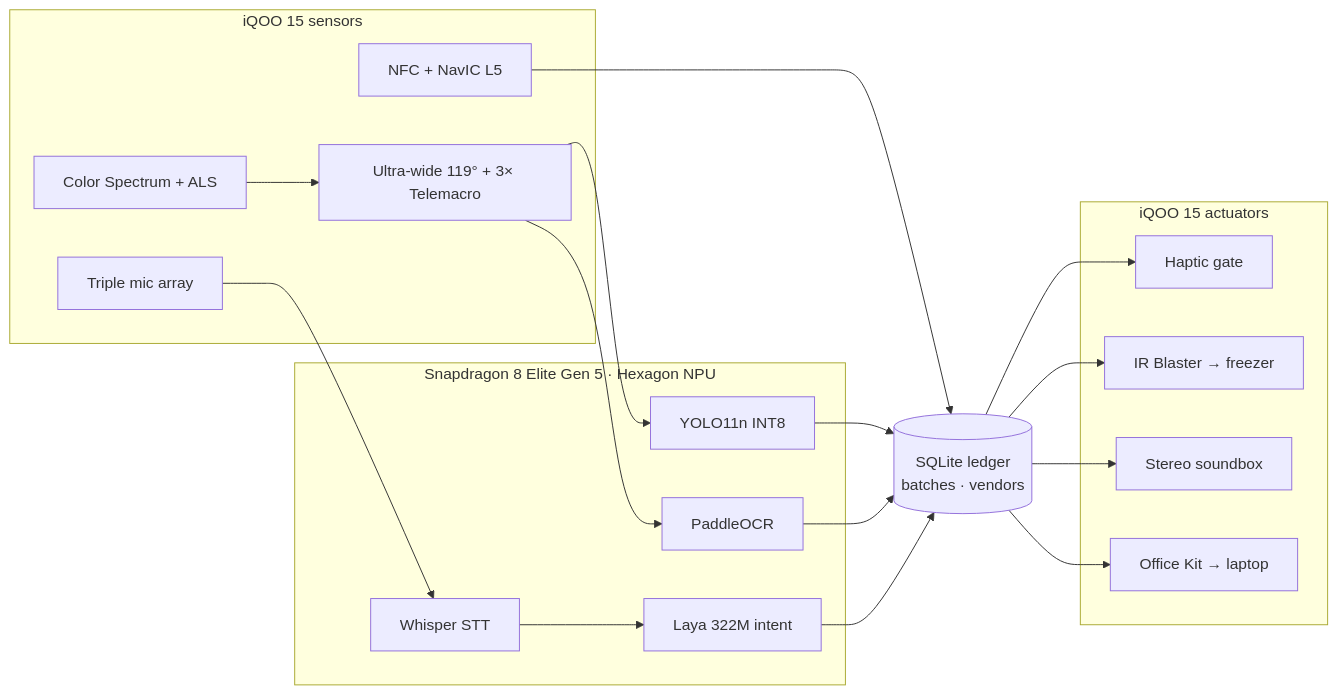
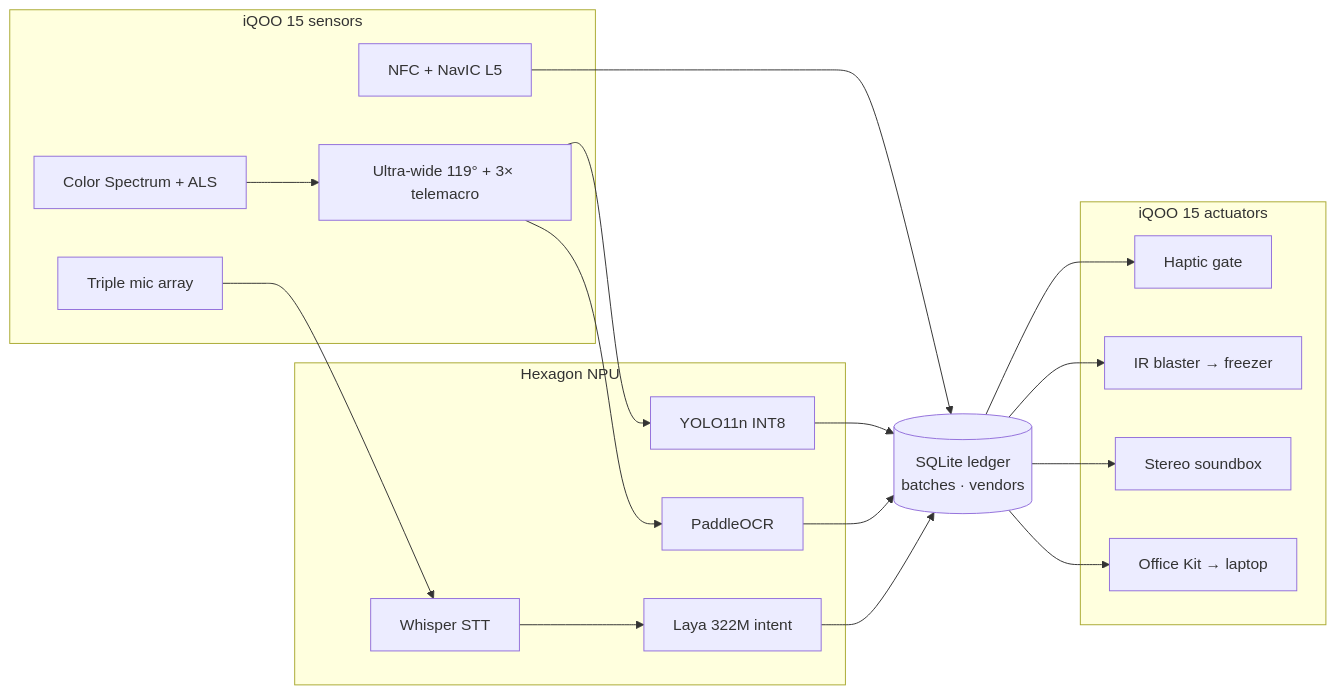
The diagram in README.md (SanTiwari07/KiranaRakshak), drawn with Mermaid before and after one commit. The commit also changed other lines of this file, not shown here.

````diff
--- a/README.md
+++ b/README.md
@@ -189,28 +203,28 @@
 ```mermaid
 flowchart LR
     subgraph IN["iQOO 15 sensors"]
-        CAM["Ultra-wide 119° + 3× Telemacro"]
+        CAM["Ultra-wide 119° + 3× telemacro"]
         NFC["NFC + NavIC L5"]
         MIC["Triple mic array"]
         ALS["Color Spectrum + ALS"]
     end
-    subgraph NPU["Snapdragon 8 Elite Gen 5 · Hexagon NPU"]
+    subgraph NPU["Hexagon NPU"]
         YOLO["YOLO11n INT8"]
         OCR["PaddleOCR"]
         STT["Whisper STT"]
         LAYA["Laya 322M intent"]
     end
     DB[("SQLite ledger<br/>batches · vendors")]
     subgraph OUT["iQOO 15 actuators"]
         HAP["Haptic gate"]
-        IR["IR Blaster → freezer"]
+        IR["IR blaster → freezer"]
         SPK["Stereo soundbox"]
         OK["Office Kit → laptop"]
     end
     CAM --> YOLO & OCR
     ALS --> CAM
     MIC --> STT --> LAYA
     NFC --> DB
     YOLO & OCR & LAYA --> DB
     DB --> HAP & IR & SPK & OK
 ```
````
